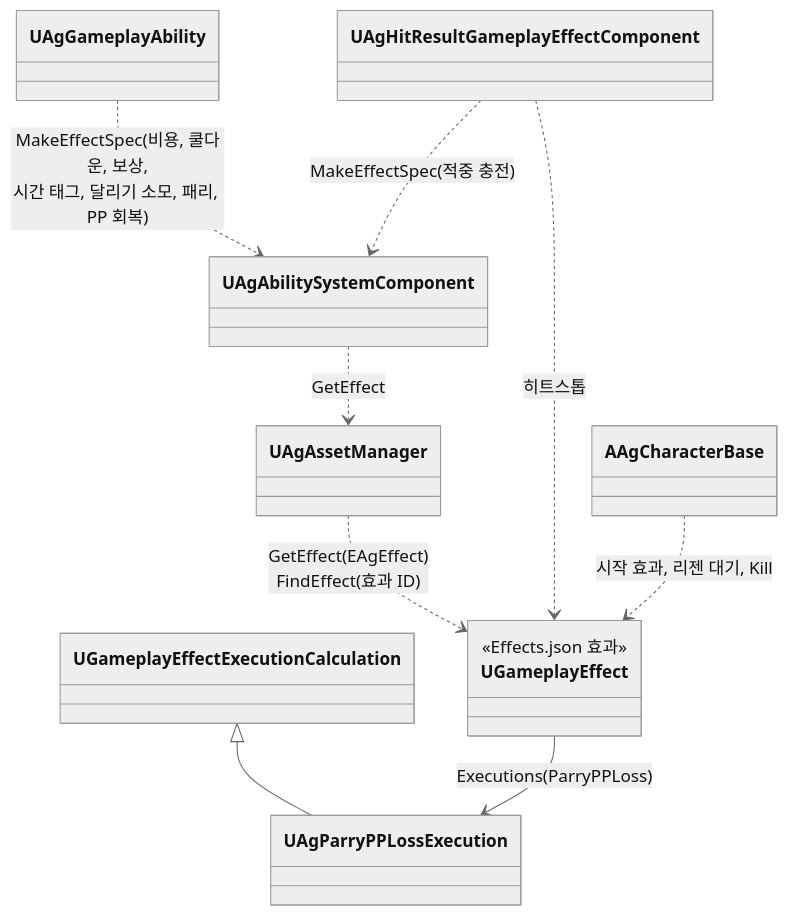
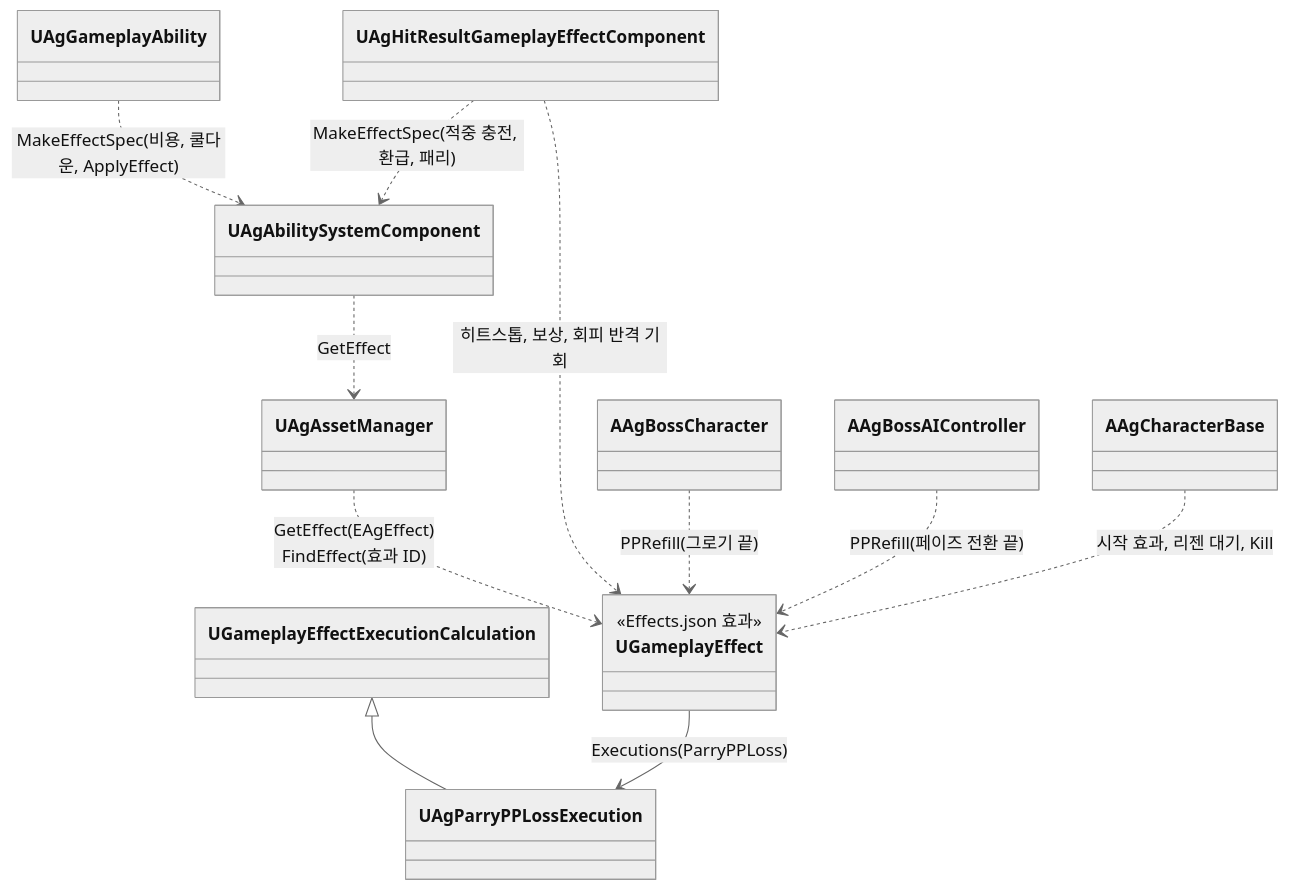
Before and after one commit to Woogl/Ag: the second of 2 diagrams in Docs/Program/캐릭터와 GAS.md, drawn with Mermaid (neutral theme). The commit also changed other lines of this file and 15 other files, not shown here.

````diff
--- a/Docs/Program/캐릭터와 GAS.md
+++ b/Docs/Program/캐릭터와 GAS.md
@@ -104,15 +108,17 @@
 ```mermaid
 classDiagram
     direction TB
     class UGameplayEffect {
         <<Effects.json 효과>>
     }
     UAgAssetManager ..> UGameplayEffect : GetEffect(EAgEffect)<br>FindEffect(효과 ID)
     UGameplayEffectExecutionCalculation <|-- UAgParryPPLossExecution
     UGameplayEffect --> UAgParryPPLossExecution : Executions(ParryPPLoss)
     UAgAbilitySystemComponent ..> UAgAssetManager : GetEffect
-    UAgGameplayAbility ..> UAgAbilitySystemComponent : MakeEffectSpec(비용, 쿨다운, 보상,<br>시간 태그, 달리기 소모, 패리, PP 회복)
-    UAgHitResultGameplayEffectComponent ..> UAgAbilitySystemComponent : MakeEffectSpec(적중 충전)
-    UAgHitResultGameplayEffectComponent ..> UGameplayEffect : 히트스톱
+    UAgGameplayAbility ..> UAgAbilitySystemComponent : MakeEffectSpec(비용, 쿨다운, ApplyEffect)
+    UAgHitResultGameplayEffectComponent ..> UAgAbilitySystemComponent : MakeEffectSpec(적중 충전, 환급, 패리)
+    UAgHitResultGameplayEffectComponent ..> UGameplayEffect : 히트스톱, 보상, 회피 반격 기회
+    AAgBossCharacter ..> UGameplayEffect : PPRefill(그로기 끝)
+    AAgBossAIController ..> UGameplayEffect : PPRefill(페이즈 전환 끝)
     AAgCharacterBase ..> UGameplayEffect : 시작 효과, 리젠 대기, Kill
 ```
````
